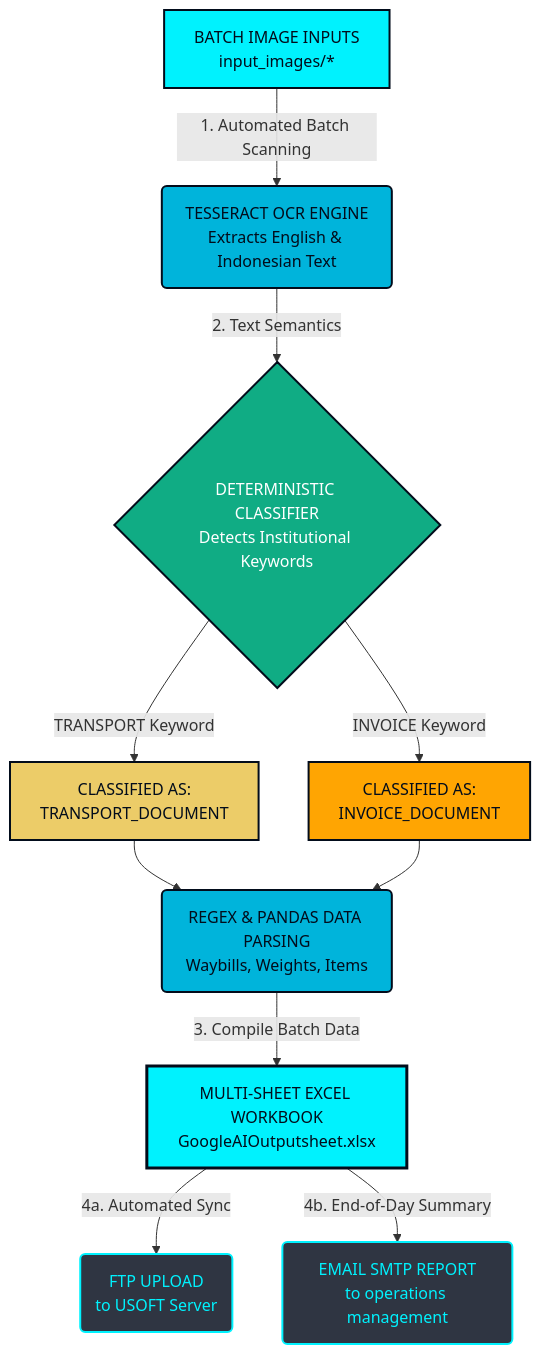
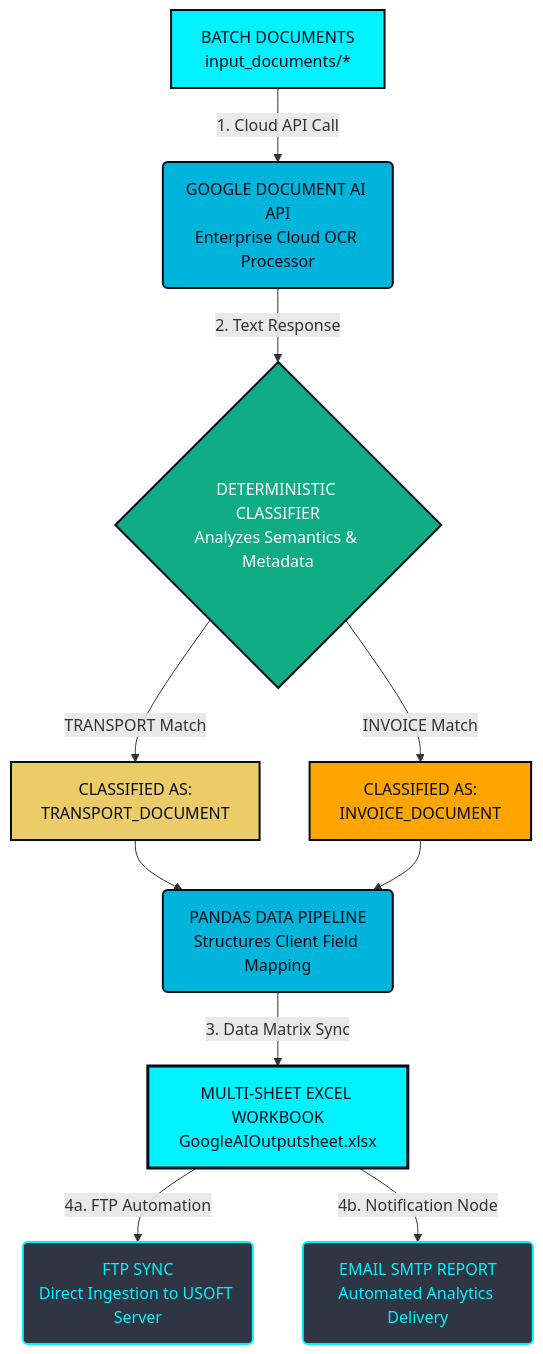
Before and after one commit to nightfurry325-code/ocr-logistics-rpa: the diagram in README.md, drawn with Mermaid. The commit also changed other lines of this file and 1 other file, not shown here.

Commit message:
Upgrade core framework to Google Document AI and refresh README architecture

````diff
--- a/README.md
+++ b/README.md
@@ -10,23 +10,23 @@
 ```mermaid
 graph TD
-    A[BATCH IMAGE INPUTS\ninput_images/*] -->|1. Automated Batch Scanning| B(TESSERACT OCR ENGINE\nExtracts English & Indonesian Text)
-    B -->|2. Text Semantics| C{DETERMINISTIC CLASSIFIER\nDetects Institutional Keywords}
-    C -->|TRANSPORT Keyword| D[CLASSIFIED AS:\nTRANSPORT_DOCUMENT]
-    C -->|INVOICE Keyword| E[CLASSIFIED AS:\nINVOICE_DOCUMENT]
-    D --> F(REGEX & PANDAS DATA PARSING\nWaybills, Weights, Items)
+    A[BATCH DOCUMENTS\ninput_documents/*] -->|1. Cloud API Call| B(GOOGLE DOCUMENT AI API\nEnterprise Cloud OCR Processor)
+    B -->|2. Text Response| C{DETERMINISTIC CLASSIFIER\nAnalyzes Semantics & Metadata}
+    C -->|TRANSPORT Match| D[CLASSIFIED AS:\nTRANSPORT_DOCUMENT]
+    C -->|INVOICE Match| E[CLASSIFIED AS:\nINVOICE_DOCUMENT]
+    D --> F(PANDAS DATA PIPELINE\nStructures Client Field Mapping)
     E --> F
-    F -->|3. Compile Batch Data| G[MULTI-SHEET EXCEL WORKBOOK\nGoogleAIOutputsheet.xlsx]
-    G -->|4a. Automated Sync| H(FTP UPLOAD\nto USOFT Server)
-    G -->|4b. End-of-Day Summary| I(EMAIL SMTP REPORT\nto operations management)
+    F -->|3. Data Matrix Sync| G[MULTI-SHEET EXCEL WORKBOOK\nGoogleAIOutputsheet.xlsx]
+    G -->|4a. FTP Automation| H(FTP SYNC\nDirect Ingestion to USOFT Server)
+    G -->|4b. Notification Node| I(EMAIL SMTP REPORT\nAutomated Analytics Delivery)
 
     %% Neon Cyan Styling
     style A fill:#00f2fe,stroke:#020c1b,stroke-width:2px,color:#020c1b
     style B fill:#00b4db,stroke:#020c1b,stroke-width:2px,color:#020c1b
     style C fill:#10ac84,stroke:#020c1b,stroke-width:2px,color:#fff
     style D fill:#eccc68,stroke:#020c1b,stroke-width:2px,color:#020c1b
     style E fill:#ffa502,stroke:#020c1b,stroke-width:2px,color:#020c1b
     style F fill:#00b4db,stroke:#020c1b,stroke-width:2px,color:#020c1b
     style G fill:#00f2fe,stroke:#020c1b,stroke-width:3px,color:#020c1b
     style H fill:#2f3542,stroke:#00f2fe,stroke-width:2px,color:#00f2fe
     style I fill:#2f3542,stroke:#00f2fe,stroke-width:2px,color:#00f2fe
 ```
````
